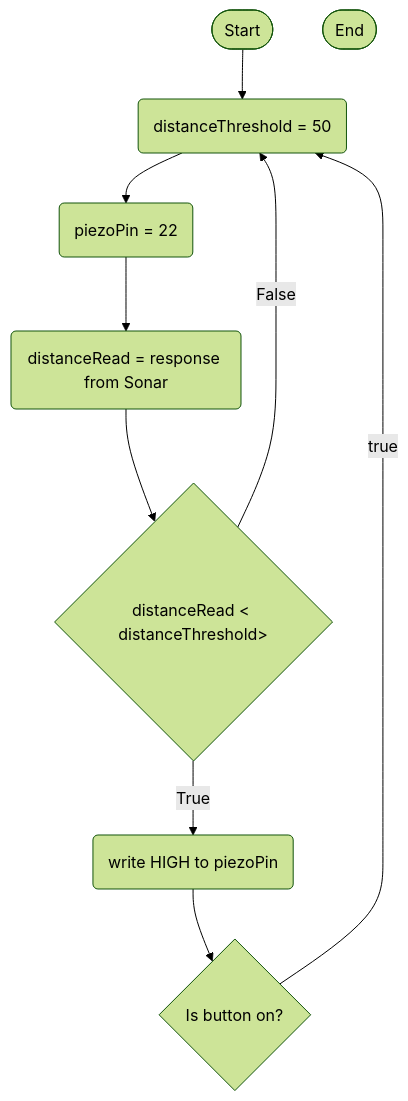
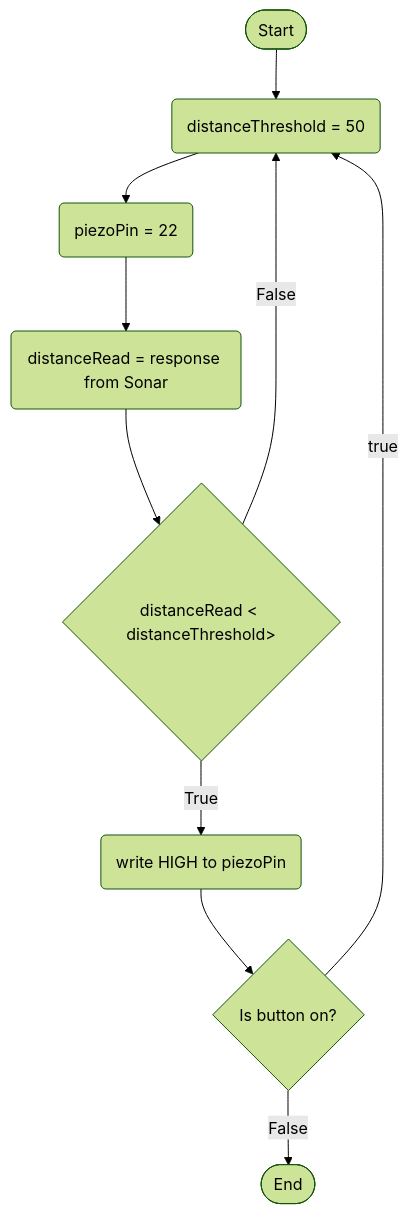
Before and after one commit to 0717330/arduino-board-project: the diagram in logic.md, drawn with Mermaid (forest theme).

````diff
--- a/logic.md
+++ b/logic.md
@@ -1,23 +1,23 @@
 ```mermaid
 flowchart TD
 terminalStart([Start])
 terminalEnd([End])
 
 thresholdSet(distanceThreshold = 50)
 setPiezoPin(piezoPin = 22)
 currentDistanceReading(distanceRead = response from Sonar)
 activatePiezo(write HIGH to piezoPin)
 ifDistanceLessThanThreshold{distanceRead < distanceThreshold>}
 ButtonLogic{Is button on?}
 
 terminalStart --> thresholdSet
 thresholdSet --> setPiezoPin
 setPiezoPin --> currentDistanceReading
 currentDistanceReading --> ifDistanceLessThanThreshold
 
 ifDistanceLessThanThreshold ---> |False| thresholdSet
 ifDistanceLessThanThreshold --> |True| activatePiezo
 activatePiezo --> ButtonLogic
 ButtonLogic --> |true| thresholdSet
-
+ButtonLogic --> |False| terminalEnd
 ```
````
